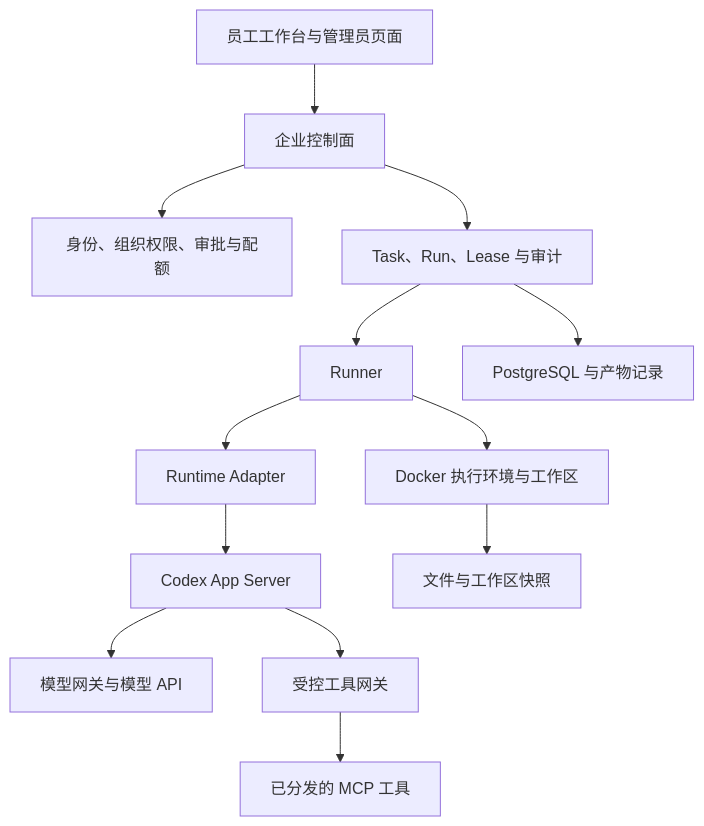
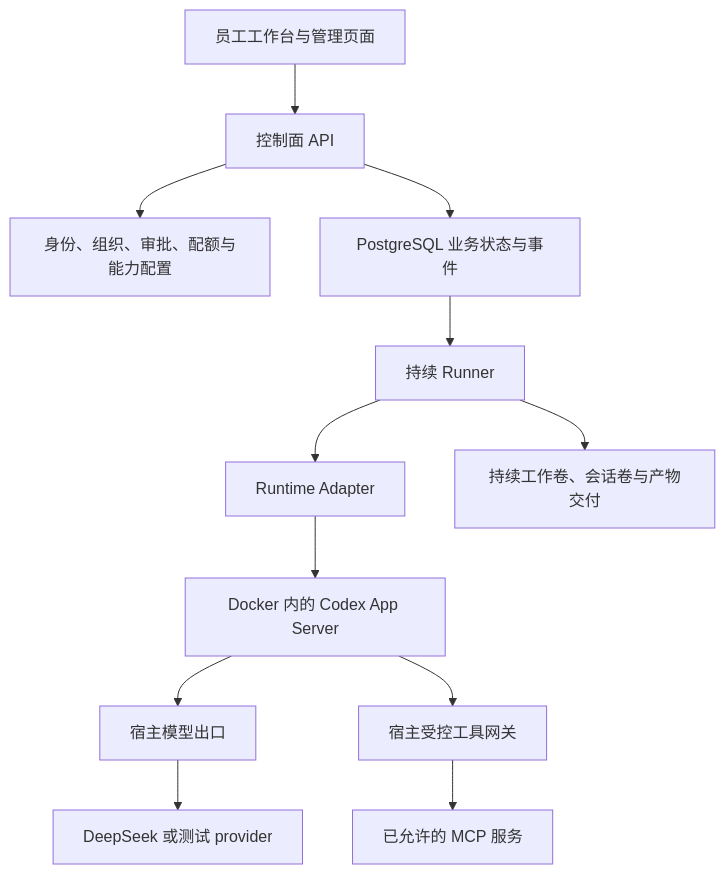
One commit to luanluan1/luanluan1.github.io changed the diagram in src/content/posts/codex-enterprise-agent-control-plane.md. Above: the diagram before and after it, drawn with Mermaid. The commit also changed other lines of this file and 10 other files, not shown here.

````diff
--- a/src/content/posts/codex-enterprise-agent-control-plane.md
+++ b/src/content/posts/codex-enterprise-agent-control-plane.md
@@ -32,15 +68,14 @@
 ```mermaid
 flowchart TB
-    UI[员工工作台与管理员页面] --> CP[企业控制面]
-    CP --> POLICY[身份、组织权限、审批与配额]
-    CP --> TASK[Task、Run、Lease 与审计]
-    TASK --> RUNNER[Runner]
+    UI[员工工作台与管理页面] --> API[控制面 API]
+    API --> GOV[身份、组织、审批、配额与能力配置]
+    API --> STORE[PostgreSQL 业务状态与事件]
+    STORE --> RUNNER[持续 Runner]
     RUNNER --> ADAPTER[Runtime Adapter]
-    ADAPTER --> CODEX[Codex App Server]
-    CODEX --> MODEL[模型网关与模型 API]
-    CODEX --> TOOLS[受控工具网关]
-    TOOLS --> MCP[已分发的 MCP 工具]
-    RUNNER --> ENV[Docker 执行环境与工作区]
-    TASK --> DB[PostgreSQL 与产物记录]
-    ENV --> FILES[文件与工作区快照]
+    ADAPTER --> CODEX[Docker 内的 Codex App Server]
+    CODEX --> BRIDGE[宿主模型出口]
+    BRIDGE --> MODEL[DeepSeek 或测试 provider]
+    CODEX --> TOOLS[宿主受控工具网关]
+    TOOLS --> MCP[已允许的 MCP 服务]
+    RUNNER --> FILES[持续工作卷、会话卷与产物交付]
 ```
````
